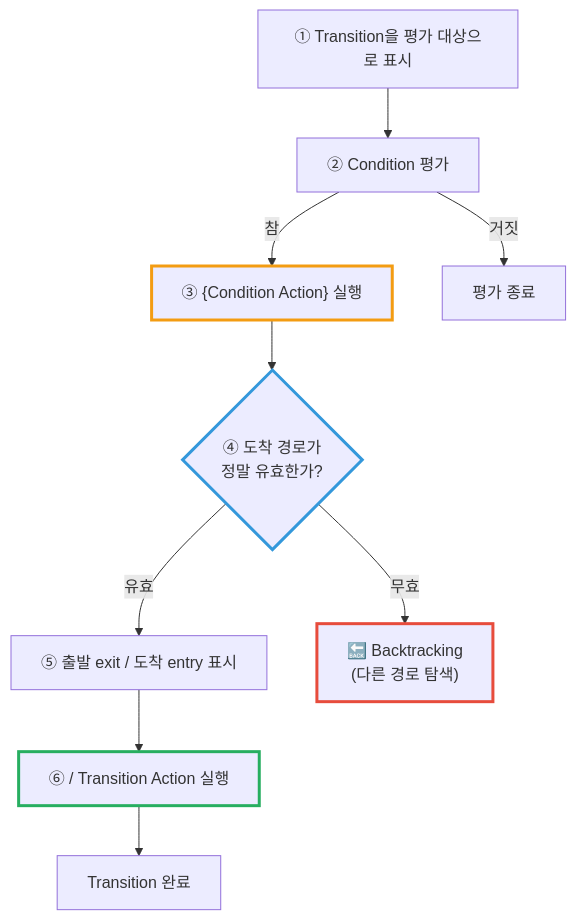
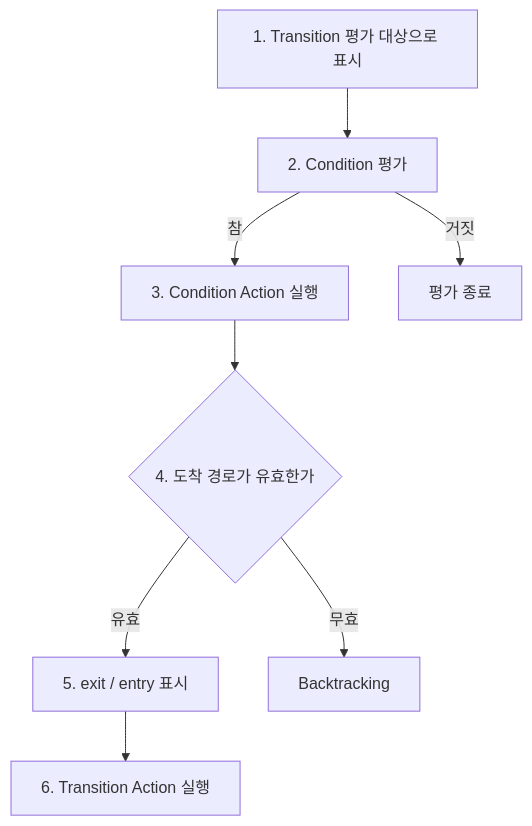
The first of 3 diagrams in _posts/2026-07-14-stateflow-condition-action-vs-transition-action.md (genie4youu/genie4youu.github.io), drawn with Mermaid before and after one commit. The commit also changed other lines of this file and 13 other files, not shown here.

First line of the commit message:
﻿전면 손질: 제목 변경, AI 티 나는 표현 제거, 다이어그램 재작성

````diff
--- a/_posts/2026-07-14-stateflow-condition-action-vs-transition-action.md
+++ b/_posts/2026-07-14-stateflow-condition-action-vs-transition-action.md
@@ -31,16 +22,10 @@
 ```mermaid
 flowchart TD
-    A["① Transition을 평가 대상으로 표시"] --> B["② Condition 평가"]
-    B -->|"참"| C["③ {Condition Action} 실행"]
-    B -->|"거짓"| Z["평가 종료"]
-    C --> D{"④ 도착 경로가<br/>정말 유효한가?"}
-    D -->|"유효"| E["⑤ 출발 exit / 도착 entry 표시"]
-    E --> F["⑥ / Transition Action 실행"]
-    F --> G["Transition 완료"]
-    D -->|"무효"| H["🔙 Backtracking<br/>(다른 경로 탐색)"]
-
-    style C stroke:#f39c12,stroke-width:3px
-    style D stroke:#3498db,stroke-width:3px
-    style F stroke:#27ae60,stroke-width:3px
-    style H stroke:#e74c3c,stroke-width:3px
+    A[1. Transition 평가 대상으로 표시] --> B[2. Condition 평가]
+    B -->|참| C[3. Condition Action 실행]
+    B -->|거짓| Z[평가 종료]
+    C --> D{4. 도착 경로가 유효한가}
+    D -->|유효| E[5. exit / entry 표시]
+    E --> F[6. Transition Action 실행]
+    D -->|무효| H[Backtracking]
 ```
````
